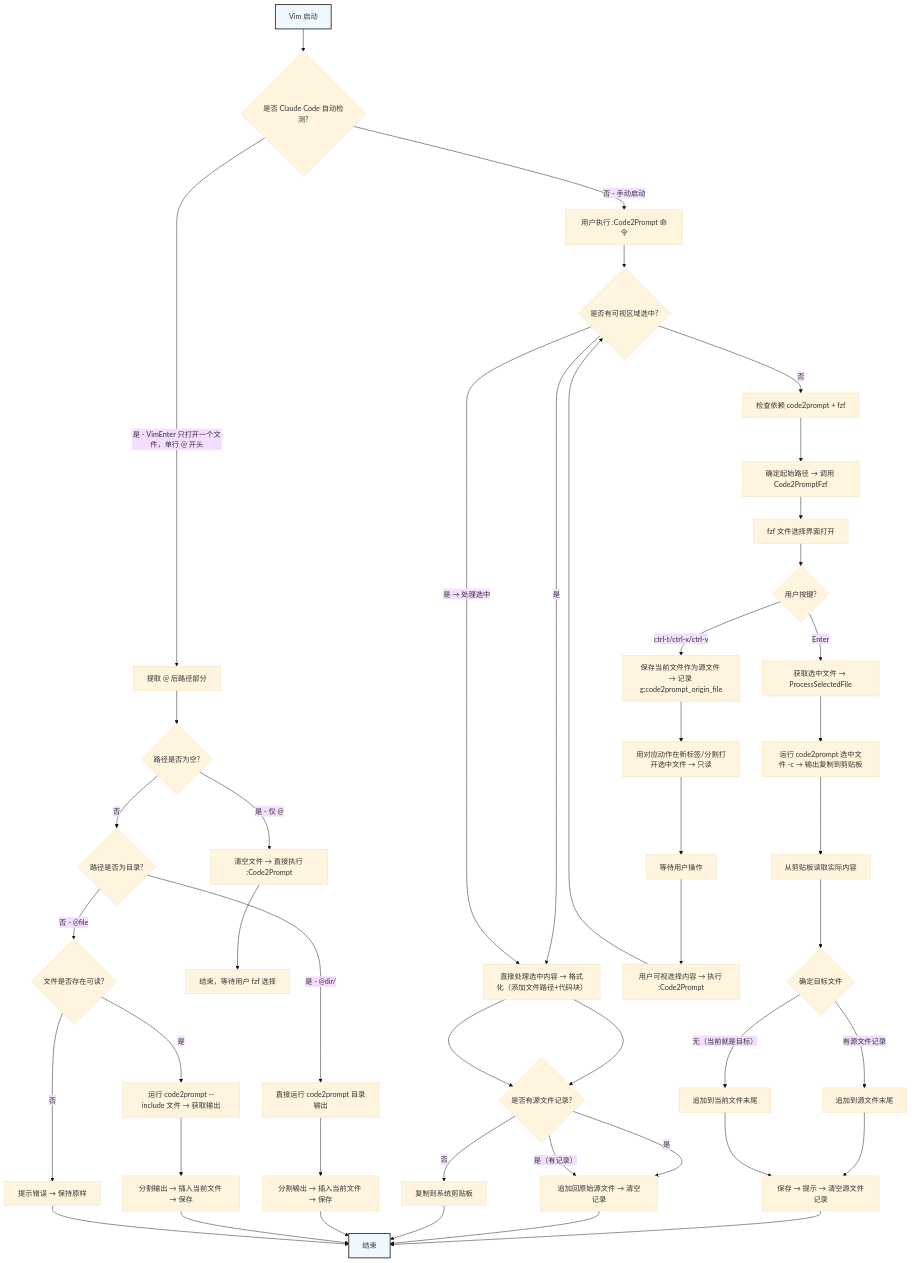
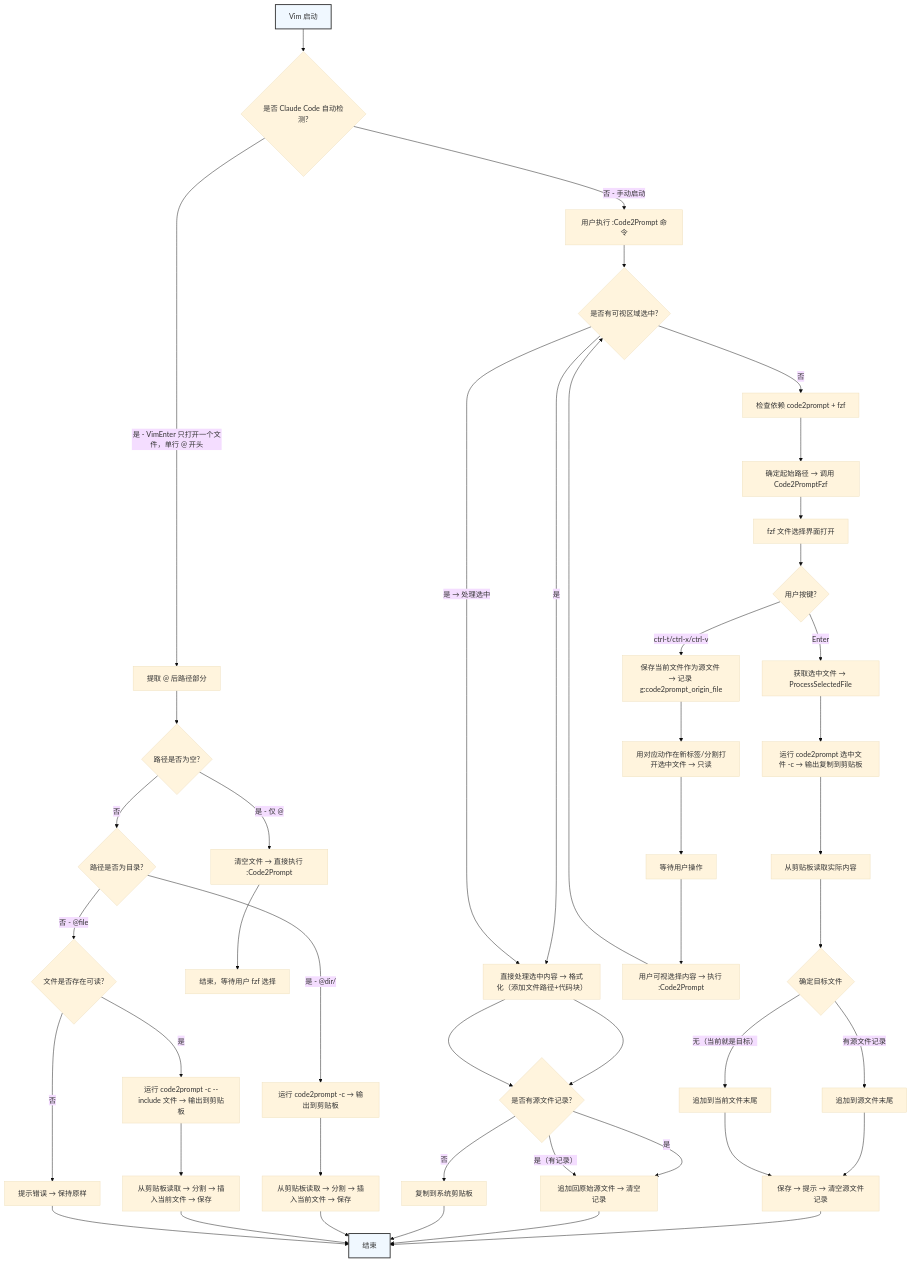
Before and after one commit to syllr/ainote: the first of 5 diagrams in plugin/vimCode2Prompt/docs/workflow.md, drawn with Mermaid (base theme). The commit also changed other lines of this file and 1 other file, not shown here.

Commit message:
refactor: Extract GetClipboardContent helper and remove unused GetAllFiles
Cleanup and consistency improvements:
- Extract GetClipboardContent() helper function for reuse (used in both ProcessSelectedFile and HandleClaudeCodeStartup)
- Remove completely unused GetAllFiles() recursive directory walking (this has been replaced by fzf walker-skip for a long time)
- Update Claude Code auto-detection to use code2prompt -c + read from clipboard, consistent with fzf selection flow
- Update workflow documentation flowchart in docs/workflow.md to match new implementation

````diff
--- a/plugin/vimCode2Prompt/docs/workflow.md
+++ b/plugin/vimCode2Prompt/docs/workflow.md
@@ -5,55 +5,55 @@
 ```mermaid
 flowchart TD
     A[Vim 启动] --> B{是否 Claude Code 自动检测?}
     B -->|"是 - VimEnter 只打开一个文件，单行 @ 开头"| C[提取 @ 后路径部分]
     C --> D{路径是否为空?}
     D -->|是 - 仅 @| E[清空文件 → 直接执行 :Code2Prompt]
     D -->|否| F{路径是否为目录?}
-    F -->|是 - @dir/| G[直接运行 code2prompt 目录输出]
-    G --> H[分割输出 → 插入当前文件 → 保存]
+    F -->|是 - @dir/| G[运行 code2prompt -c → 输出到剪贴板]
+    G --> H[从剪贴板读取 → 分割 → 插入当前文件 → 保存]
     F -->|否 - @file| I{文件是否存在可读?}
-    I -->|是| J[运行 code2prompt --include 文件 → 获取输出]
-    J --> K[分割输出 → 插入当前文件 → 保存]
+    I -->|是| J[运行 code2prompt -c --include 文件 → 输出到剪贴板]
+    J --> K[从剪贴板读取 → 分割 → 插入当前文件 → 保存]
     I -->|否| L[提示错误 → 保持原样]
     E --> M[结束，等待用户 fzf 选择]
 
     B -->|"否 - 手动启动"| N[用户执行 :Code2Prompt 命令]
     N --> O{是否有可视区域选中?}
     O -->|是| P["直接处理选中内容 → 格式化（添加文件路径+代码块）"]
     P --> Q{是否有源文件记录?}
     Q -->|是| R[追加到源文件末尾 → 清空记录]
     Q -->|否| S[复制到系统剪贴板]
     O -->|否| T[检查依赖 code2prompt + fzf]
     T --> U[确定起始路径 → 调用 Code2PromptFzf]
     U --> V[fzf 文件选择界面打开]
 
     V --> W{用户按键?}
     W -->|Enter| X[获取选中文件 → ProcessSelectedFile]
     X --> Y[运行 code2prompt 选中文件 -c → 输出复制到剪贴板]
     Y --> Z[从剪贴板读取实际内容]
     Z --> AA{确定目标文件}
     AA -->|有源文件记录| BB[追加到源文件末尾]
     AA -->|"无（当前就是目标）"| CC[追加到当前文件末尾]
     BB --> DD[保存 → 提示 → 清空源文件记录]
     CC --> DD
     DD --> EE[结束]
 
     W -->|ctrl-t/ctrl-x/ctrl-v| FF[保存当前文件作为源文件 → 记录 g:code2prompt_origin_file]
     FF --> GG[用对应动作在新标签/分割打开选中文件 → 只读]
     GG --> HH[等待用户操作]
 
     HH --> II[用户可视选择内容 → 执行 :Code2Prompt]
     II --> O
     O -->|是 → 处理选中| P
     P --> Q
     Q -->|"是（有记录）"| R[追加回原始源文件 → 清空记录]
     R --> EE
 
     S --> EE
     H --> EE
     K --> EE
     L --> EE
 
     classDef startend fill:#f0f8ff,stroke:#333,stroke-width:2px
     class A,EE startend
 ```
````
